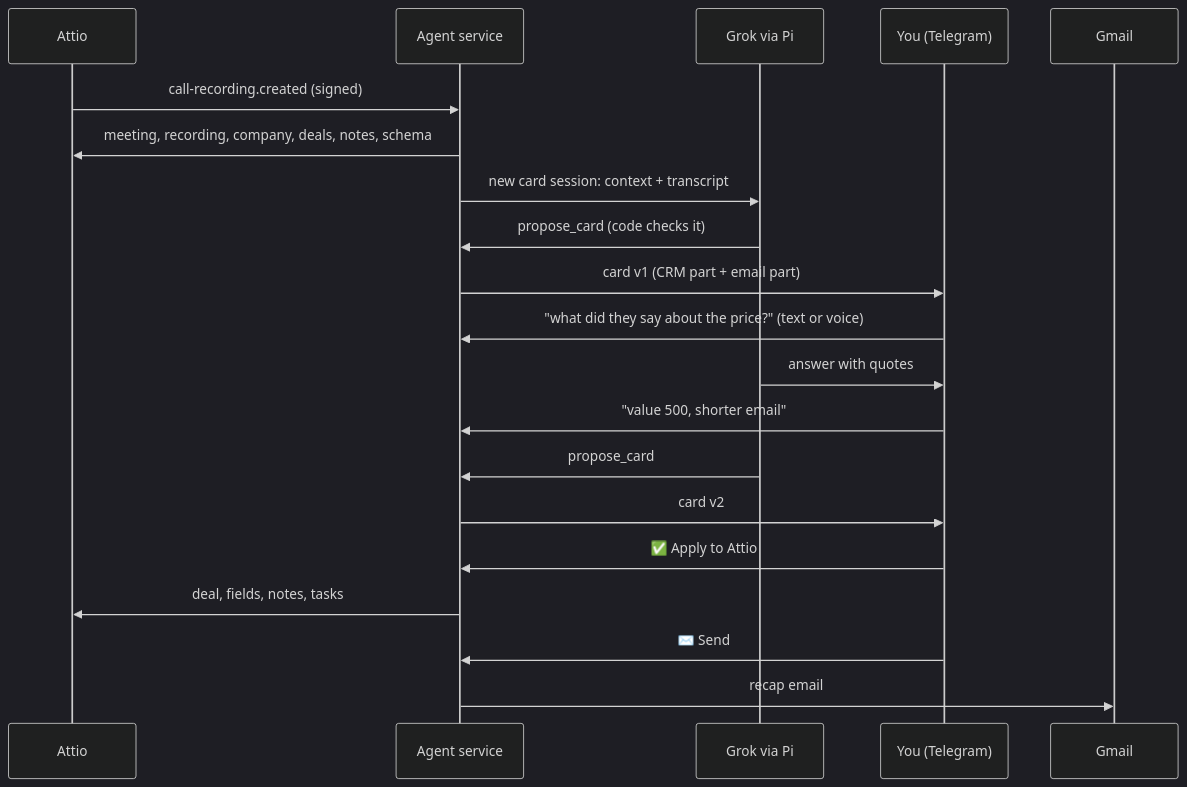
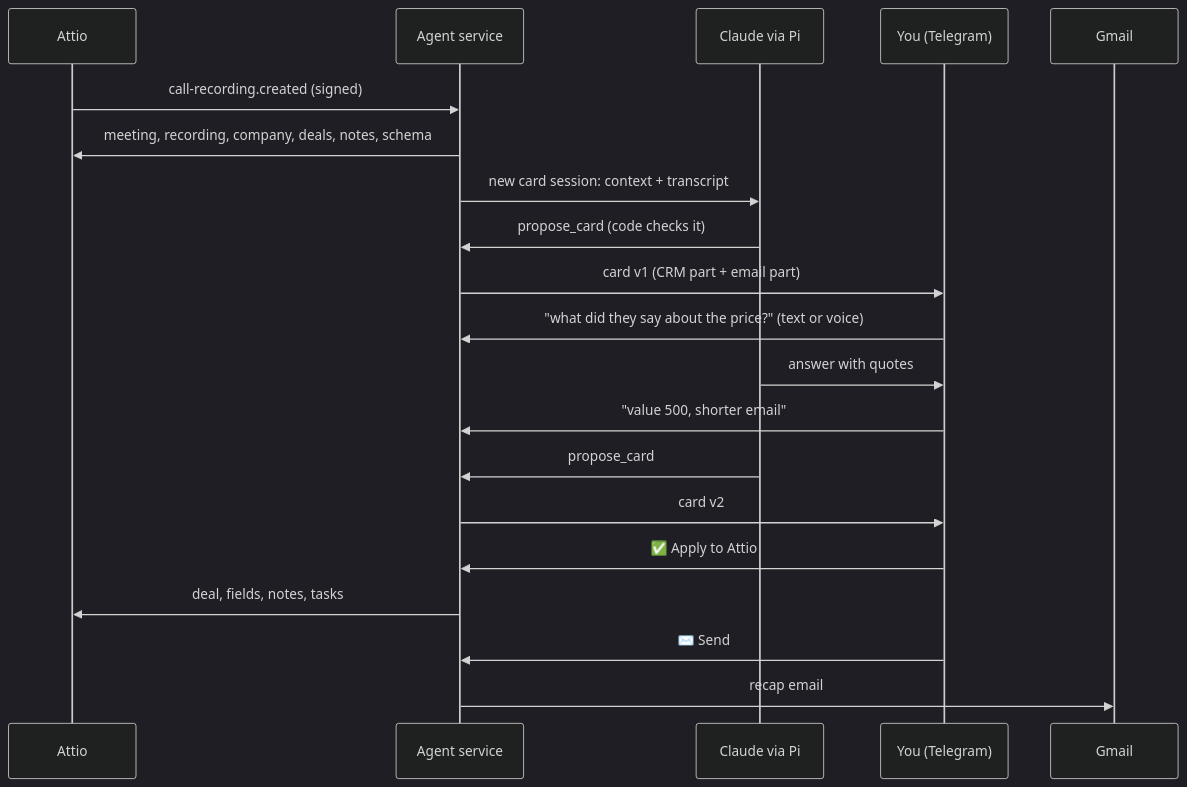
The diagram in README.md (getbeton/attio-call-agent), drawn with Mermaid (dark theme) before and after one commit. The commit also changed other lines of this file and 8 other files, not shown here.

First line of the commit message:
Switch the agent from grok to Claude: pi-claude-agent-sdk (claude-bridge) on a Claude subscription

````diff
--- a/README.md
+++ b/README.md
@@ -82,22 +82,22 @@
 ```mermaid
 sequenceDiagram
     participant A as Attio
     participant S as Agent service
-    participant G as Grok via Pi
+    participant G as Claude via Pi
     participant T as You (Telegram)
     participant M as Gmail
     A->>S: call-recording.created (signed)
     S->>A: meeting, recording, company, deals, notes, schema
     S->>G: new card session: context + transcript
     G->>S: propose_card (code checks it)
     S->>T: card v1 (CRM part + email part)
     T->>S: "what did they say about the price?" (text or voice)
     G->>T: answer with quotes
     T->>S: "value 500, shorter email"
     G->>S: propose_card
     S->>T: card v2
     T->>S: ✅ Apply to Attio
     S->>A: deal, fields, notes, tasks
     T->>S: ✉️ Send
     S->>M: recap email
 ```
````
